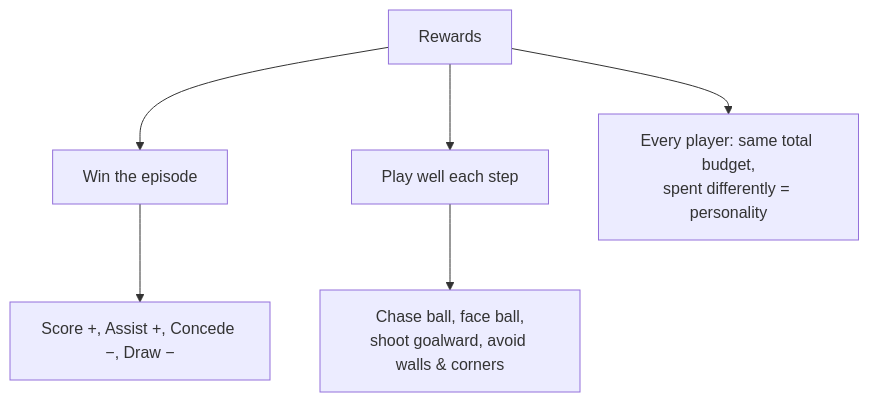
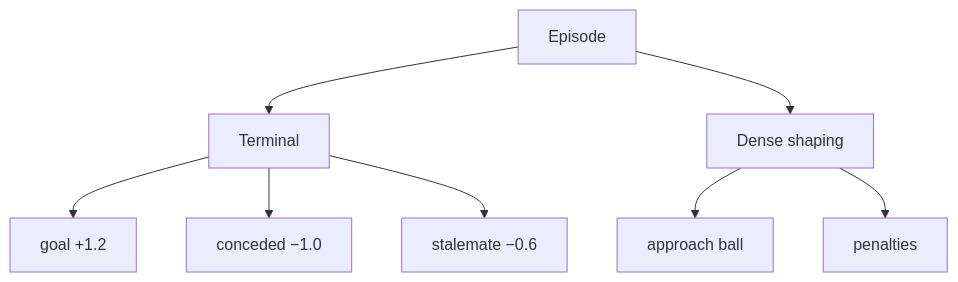
The fifth of 12 diagrams in docs/architecture.md (punkouter26/PoSoccer), drawn with Mermaid before and after one commit. The commit also changed other lines of this file and 20 other files, not shown here.

First line of the commit message:
UNITY_DOCS: wipe docs/ and regenerate the diagram + report suite

````diff
--- a/docs/architecture.md
+++ b/docs/architecture.md
@@ -82,8 +108,10 @@
 ```mermaid
 graph TD
-    R[Rewards] --> W[Win the episode]
-    R --> P[Play well each step]
-    W --> G[Score +, Assist +, Concede −, Draw −]
-    P --> D[Chase ball, face ball,\nshoot goalward, avoid walls & corners]
-    R --> U[Every player: same total budget,\nspent differently = personality]
+    E[Episode] --> T[Terminal]
+    E --> D[Dense shaping]
+    T --> T1[goal +1.2]
+    T --> T2[conceded −1.0]
+    T --> T3[stalemate −0.6]
+    D --> D1[approach ball]
+    D --> D2[penalties]
 ```
````
